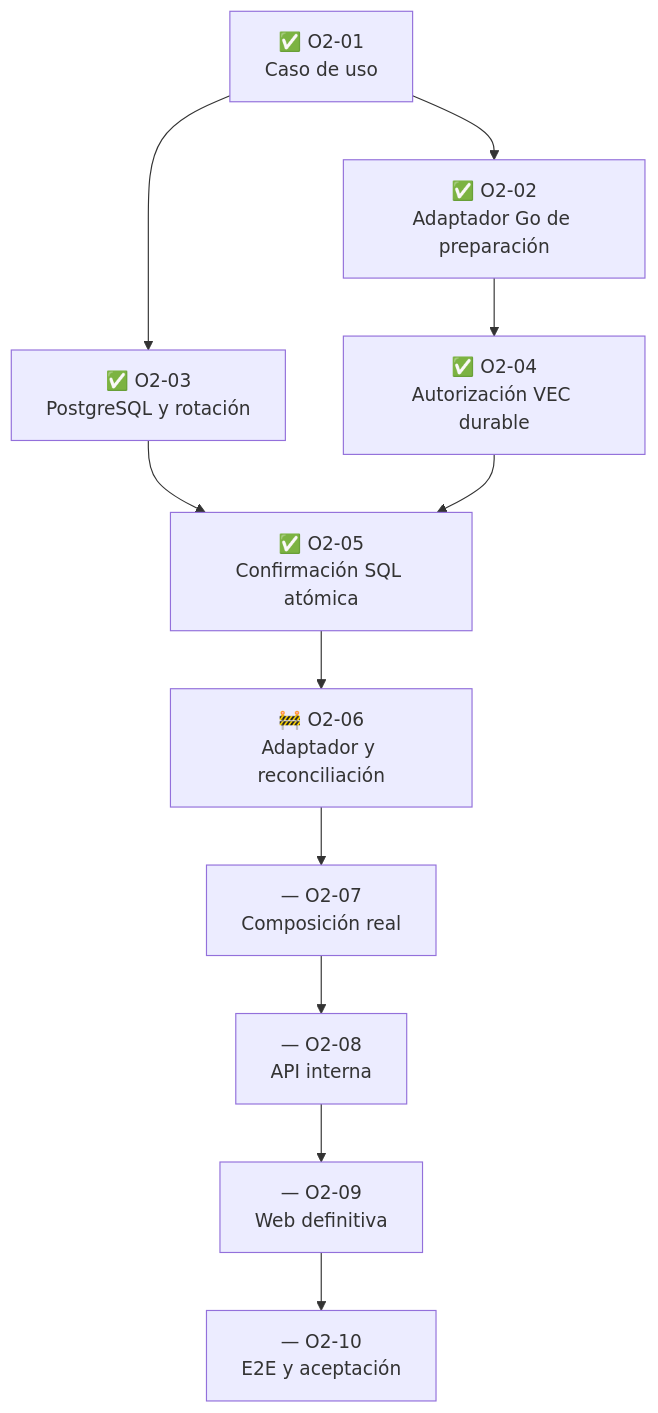
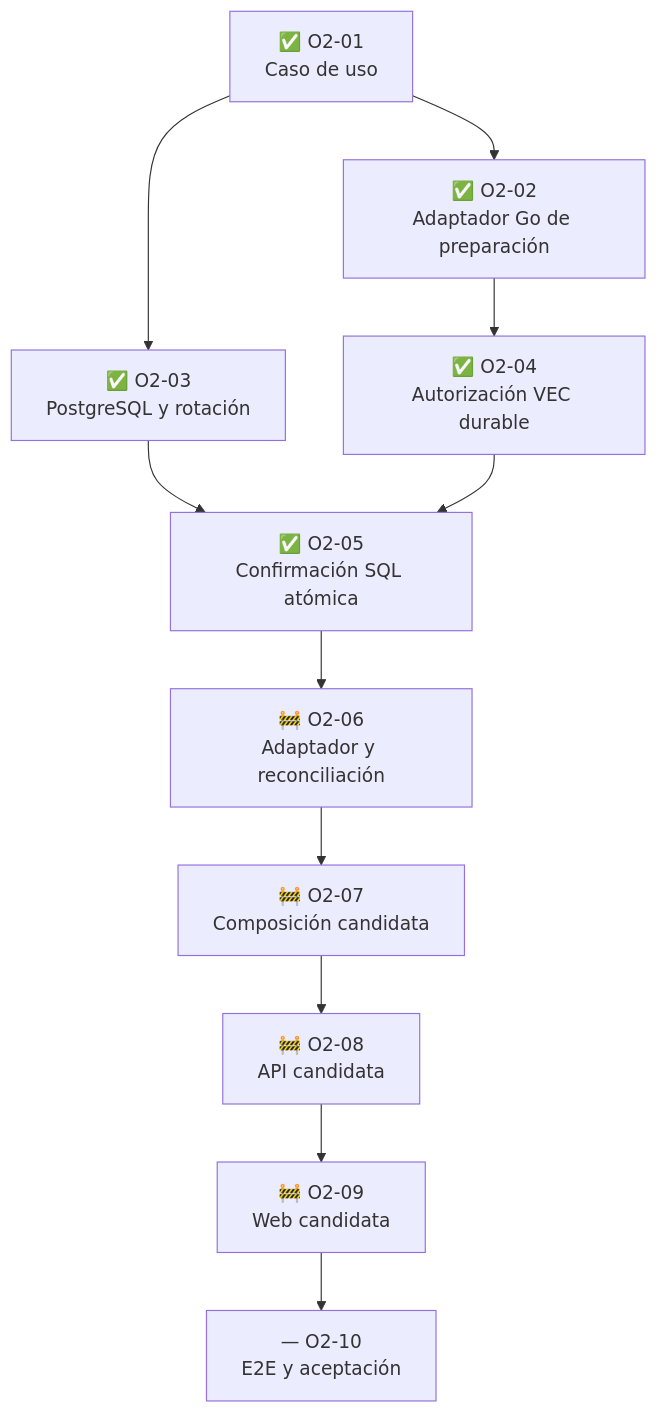
Before and after one commit to aavidad/VEC_Diputacion_app: the second of 2 diagrams in docs/portal_vec/mapa_objetivos_tareas_y_paralelizacion_2026-07-23.md, drawn with Mermaid. The commit also changed other lines of this file and 6 other files, not shown here.

````diff
--- a/docs/portal_vec/mapa_objetivos_tareas_y_paralelizacion_2026-07-23.md
+++ b/docs/portal_vec/mapa_objetivos_tareas_y_paralelizacion_2026-07-23.md
@@ -56,24 +56,24 @@
 ```mermaid
 flowchart TD
     O201["✅ O2-01<br/>Caso de uso"]
     O202["✅ O2-02<br/>Adaptador Go de preparación"]
     O203["✅ O2-03<br/>PostgreSQL y rotación"]
     O204["✅ O2-04<br/>Autorización VEC durable"]
     O205["✅ O2-05<br/>Confirmación SQL atómica"]
     O206["🚧 O2-06<br/>Adaptador y reconciliación"]
-    O207["— O2-07<br/>Composición real"]
-    O208["— O2-08<br/>API interna"]
-    O209["— O2-09<br/>Web definitiva"]
+    O207["🚧 O2-07<br/>Composición candidata"]
+    O208["🚧 O2-08<br/>API candidata"]
+    O209["🚧 O2-09<br/>Web candidata"]
     O210["— O2-10<br/>E2E y aceptación"]
 
     O201 --> O202
     O201 --> O203
     O202 --> O204
     O203 --> O205
     O204 --> O205
     O205 --> O206
     O206 --> O207
     O207 --> O208
     O208 --> O209
     O209 --> O210
 ```
````
